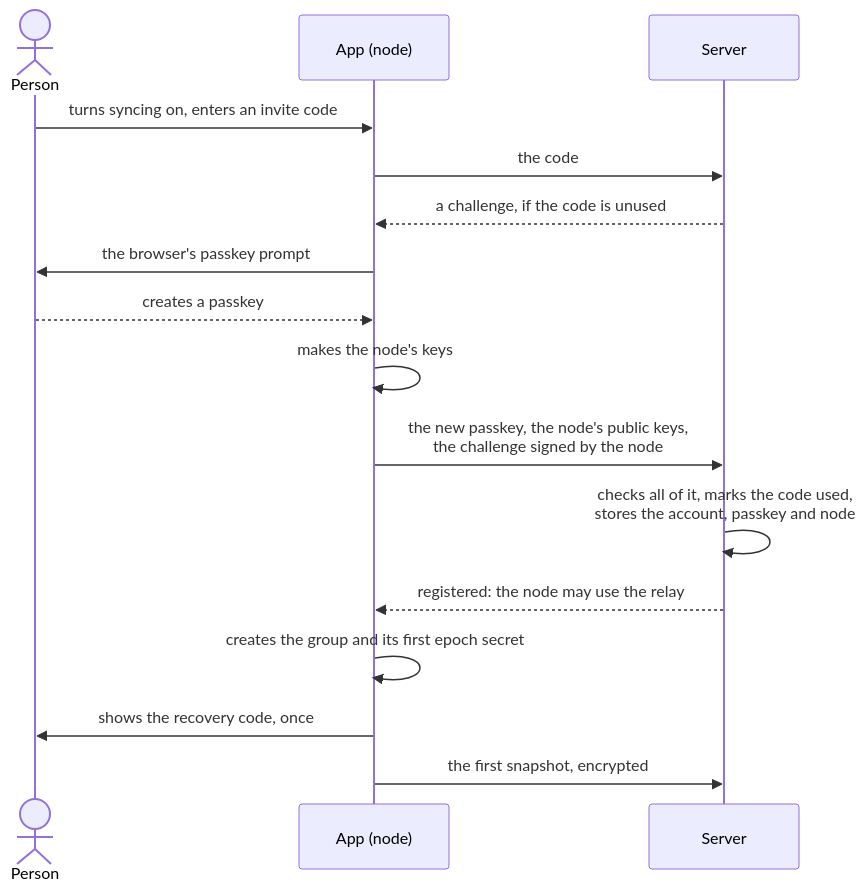
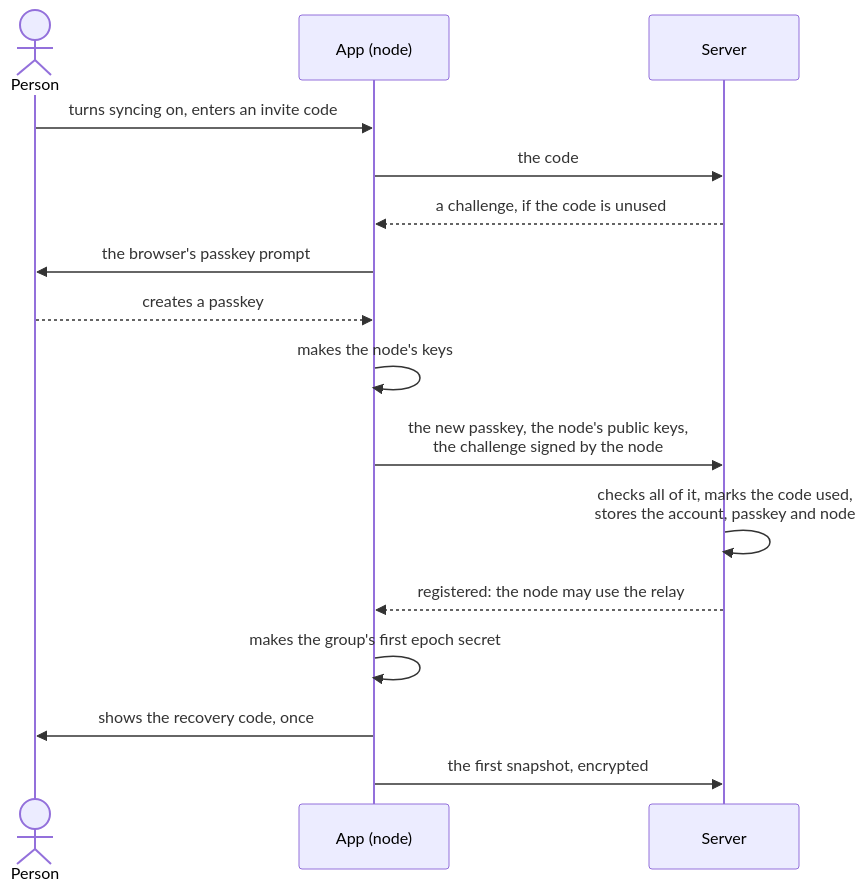
The first of 2 diagrams in docs/spec/identity.md (SantaClaas/week-budget-planner), drawn with Mermaid before and after one commit. The commit also changed other lines of this file and 5 other files, not shown here.

````diff
--- a/docs/spec/identity.md
+++ b/docs/spec/identity.md
@@ -94,18 +95,18 @@
 ```mermaid
 sequenceDiagram
   actor Person
   participant App as App (node)
   participant Server
   Person->>App: turns syncing on, enters an invite code
   App->>Server: the code
   Server-->>App: a challenge, if the code is unused
   App->>Person: the browser's passkey prompt
   Person-->>App: creates a passkey
   App->>App: makes the node's keys
   App->>Server: the new passkey, the node's public keys,<br/>the challenge signed by the node
   Server->>Server: checks all of it, marks the code used,<br/>stores the account, passkey and node
   Server-->>App: registered: the node may use the relay
-  App->>App: creates the group and its first epoch secret
+  App->>App: makes the group's first epoch secret
   App->>Person: shows the recovery code, once
   App->>Server: the first snapshot, encrypted
 ```
````
